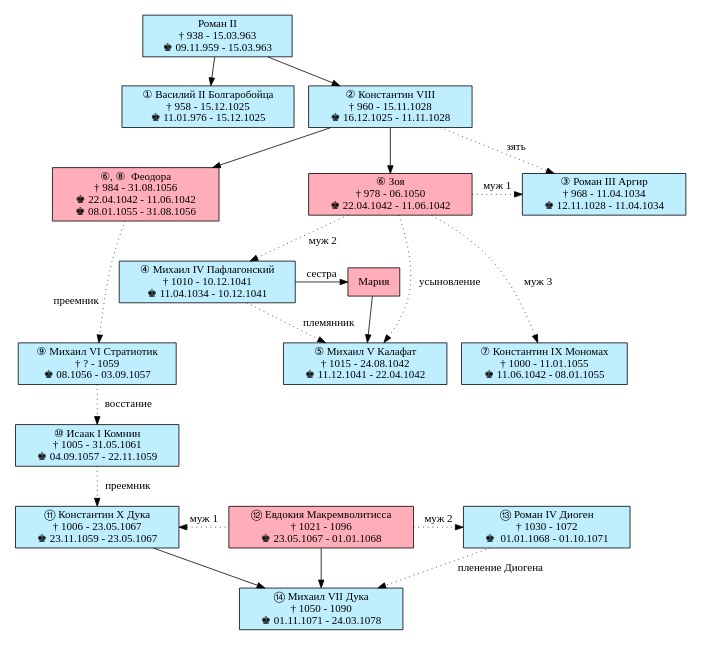
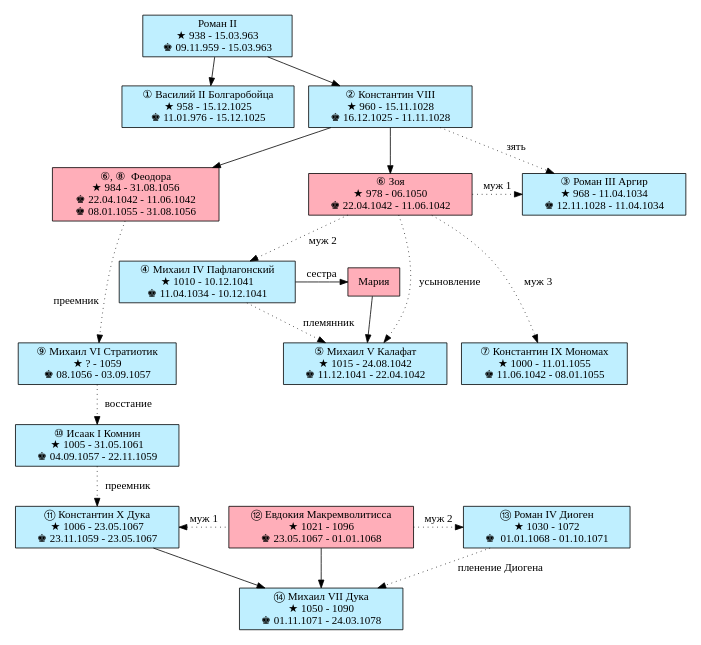
Before and after one commit to vitalyrepin/psellos: the diagram in graph.gv, drawn with Graphviz. The commit also changed 7 other files, not shown here.

```diff
--- a/graph.gv
+++ b/graph.gv
@@ -1,47 +1,47 @@
 digraph dynasty {
 	size="6,6";
 	node [fillcolor=lightblue1, style=filled, shape=rectangle];
 	{rank = same; maria; mikhiv; }
 	{rank = same; mikhv; konstv; }
 	{rank = same; feodora; zoya; romaniii;}
 	{rank = same; mikhvi; mikhv;}
 	{rank = same; konstx; evdokia; romanx;}
 
 	romanii -> vasilyii
 	romanii -> konstviii
 	konstviii -> feodora
 	konstviii -> zoya
 	zoya -> romaniii [style = dotted, label = "муж 1"]
 	konstviii -> romaniii [style = dotted, label = "зять"]
 	zoya -> mikhiv [style = dotted, label = "муж 2"]
 	mikhiv -> maria [label = "сестра"]
 	mikhiv -> mikhv [style = dotted, label = "племянник"]
 	zoya -> mikhv [style = dotted, label = " усыновление"]
 	maria -> mikhv
 	zoya -> konstv [style = dotted, label = "муж 3"]
 	feodora -> mikhvi [style = "dotted", headlabel = "преемник",labeldistance=6, labelangle=35]
 	mikhvi -> isaaki [style = "dotted", label = " восстание"]
 	isaaki -> konstx [style = "dotted", label = " преемник"]
 	konstx -> evdokia [style = "dotted", dir = "back", label = "муж 1"]
 	evdokia -> romanx [style = "dotted", label = "муж 2"]
 	evdokia -> mikhvii
 	konstx -> mikhvii
 	romanx -> mikhvii [style = "dotted", label = "пленение Диогена"]
 
-	romanii [label = "Роман II\n&#8224; 938 - 15.03.963\n&#9818; 09.11.959 - 15.03.963"]
-	vasilyii [label = "&#x2460; Василий II Болгаробойца\n&#8224; 958 - 15.12.1025\n&#9818; 11.01.976 - 15.12.1025"]
-	konstviii [label = "&#x2461; Константин VIII\n&#8224; 960 - 15.11.1028\n&#9818; 16.12.1025 - 11.11.1028"]
-	zoya [label= "&#x2465; Зоя\n&#8224; 978 - 06.1050\n&#9818; 22.04.1042 - 11.06.1042", fillcolor=lightpink1]
-	feodora [label = "&#x2465;, &#x2467;  Феодора\n&#8224; 984 - 31.08.1056\n&#9818; 22.04.1042 - 11.06.1042\n &#9818; 08.01.1055 - 31.08.1056", fillcolor=lightpink1]
-	romaniii [label = "&#x2462; Роман III Аргир\n&#8224; 968 - 11.04.1034\n&#9818; 12.11.1028 - 11.04.1034"]
-	mikhiv [label = "&#x2463; Михаил IV Пафлагонский\n&#8224; 1010 - 10.12.1041\n&#9818; 11.04.1034 - 10.12.1041"]
+	romanii [label = "Роман II\n&#9733; 938 - 15.03.963\n&#9818; 09.11.959 - 15.03.963"]
+	vasilyii [label = "&#x2460; Василий II Болгаробойца\n&#9733; 958 - 15.12.1025\n&#9818; 11.01.976 - 15.12.1025"]
+	konstviii [label = "&#x2461; Константин VIII\n&#9733; 960 - 15.11.1028\n&#9818; 16.12.1025 - 11.11.1028"]
+	zoya [label= "&#x2465; Зоя\n&#9733; 978 - 06.1050\n&#9818; 22.04.1042 - 11.06.1042", fillcolor=lightpink1]
+	feodora [label = "&#x2465;, &#x2467;  Феодора\n&#9733; 984 - 31.08.1056\n&#9818; 22.04.1042 - 11.06.1042\n &#9818; 08.01.1055 - 31.08.1056", fillcolor=lightpink1]
+	romaniii [label = "&#x2462; Роман III Аргир\n&#9733; 968 - 11.04.1034\n&#9818; 12.11.1028 - 11.04.1034"]
+	mikhiv [label = "&#x2463; Михаил IV Пафлагонский\n&#9733; 1010 - 10.12.1041\n&#9818; 11.04.1034 - 10.12.1041"]
 	maria [label = "Мария", fillcolor=lightpink1]
-	mikhv [label = "&#x2464; Михаил V Калафат\n&#8224; 1015 - 24.08.1042\n&#9818; 11.12.1041 - 22.04.1042"]
-	konstv [label = "&#x2466; Константин IX Мономах\n&#8224; 1000 - 11.01.1055\n&#9818; 11.06.1042 - 08.01.1055"]
-        mikhvi [label = "&#x2468; Михаил VI Стратиотик\n&#8224; ? - 1059\n&#9818; 08.1056 - 03.09.1057"]
-	isaaki [label = "&#x2469; Исаак I Комнин\n&#8224; 1005 - 31.05.1061\n&#9818; 04.09.1057 - 22.11.1059"]
-	konstx [label = "&#x246A; Константин X Дука\n&#8224; 1006 - 23.05.1067\n&#9818; 23.11.1059 - 23.05.1067"]
-	evdokia [label = "&#x246B; Евдокия Макремволитисса\n&#8224; 1021 - 1096\n&#9818; 23.05.1067 - 01.01.1068", fillcolor=lightpink1]
-	romanx [label = "&#x246C; Роман IV Диоген\n&#8224; 1030 - 1072\n&#9818;  01.01.1068 - 01.10.1071"]
-	mikhvii [label = "&#x246D; Михаил VII Дука\n&#8224; 1050 - 1090\n&#9818; 01.11.1071 - 24.03.1078"]
+	mikhv [label = "&#x2464; Михаил V Калафат\n&#9733; 1015 - 24.08.1042\n&#9818; 11.12.1041 - 22.04.1042"]
+	konstv [label = "&#x2466; Константин IX Мономах\n&#9733; 1000 - 11.01.1055\n&#9818; 11.06.1042 - 08.01.1055"]
+        mikhvi [label = "&#x2468; Михаил VI Стратиотик\n&#9733; ? - 1059\n&#9818; 08.1056 - 03.09.1057"]
+	isaaki [label = "&#x2469; Исаак I Комнин\n&#9733; 1005 - 31.05.1061\n&#9818; 04.09.1057 - 22.11.1059"]
+	konstx [label = "&#x246A; Константин X Дука\n&#9733; 1006 - 23.05.1067\n&#9818; 23.11.1059 - 23.05.1067"]
+	evdokia [label = "&#x246B; Евдокия Макремволитисса\n&#9733; 1021 - 1096\n&#9818; 23.05.1067 - 01.01.1068", fillcolor=lightpink1]
+	romanx [label = "&#x246C; Роман IV Диоген\n&#9733; 1030 - 1072\n&#9818;  01.01.1068 - 01.10.1071"]
+	mikhvii [label = "&#x246D; Михаил VII Дука\n&#9733; 1050 - 1090\n&#9818; 01.11.1071 - 24.03.1078"]
 }
```
